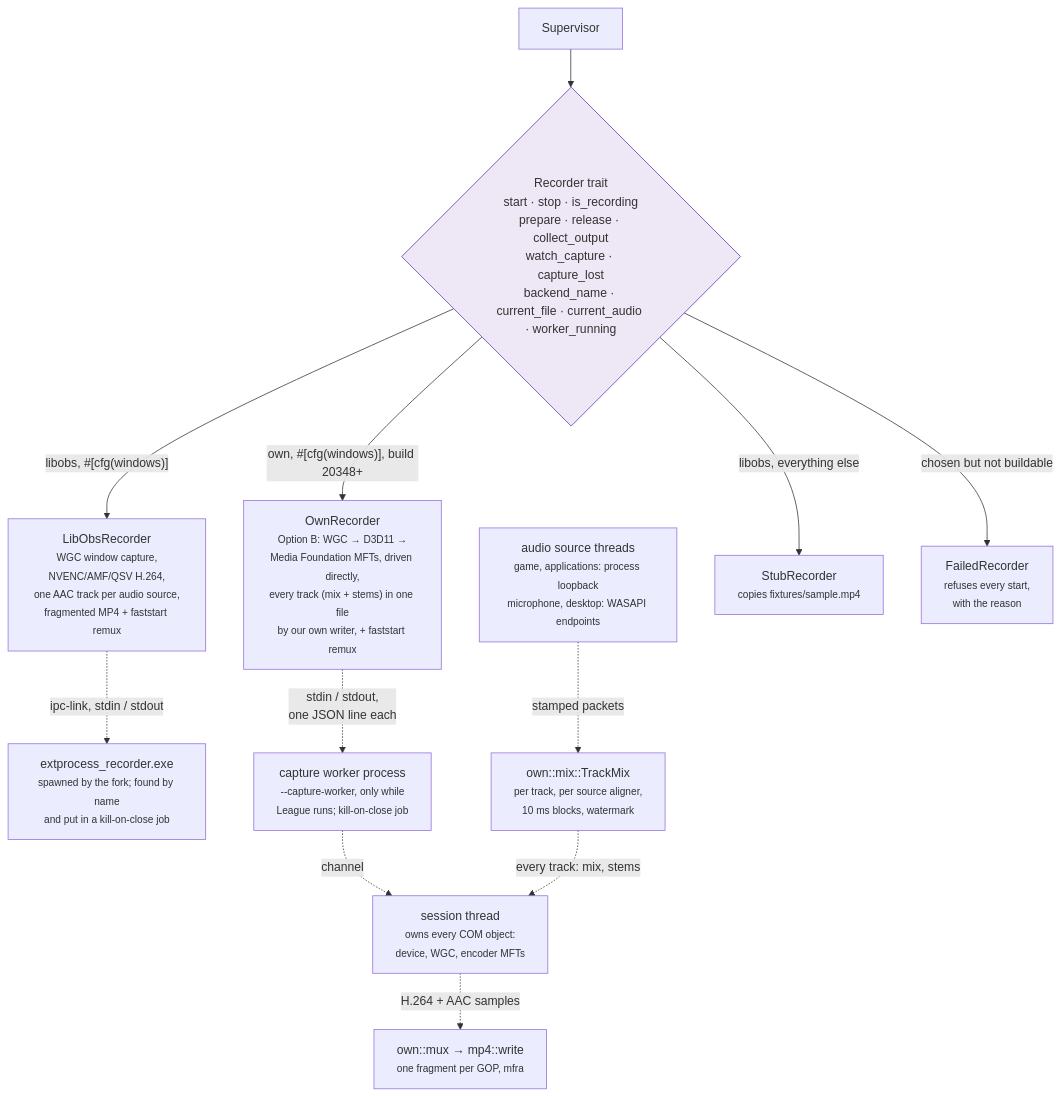
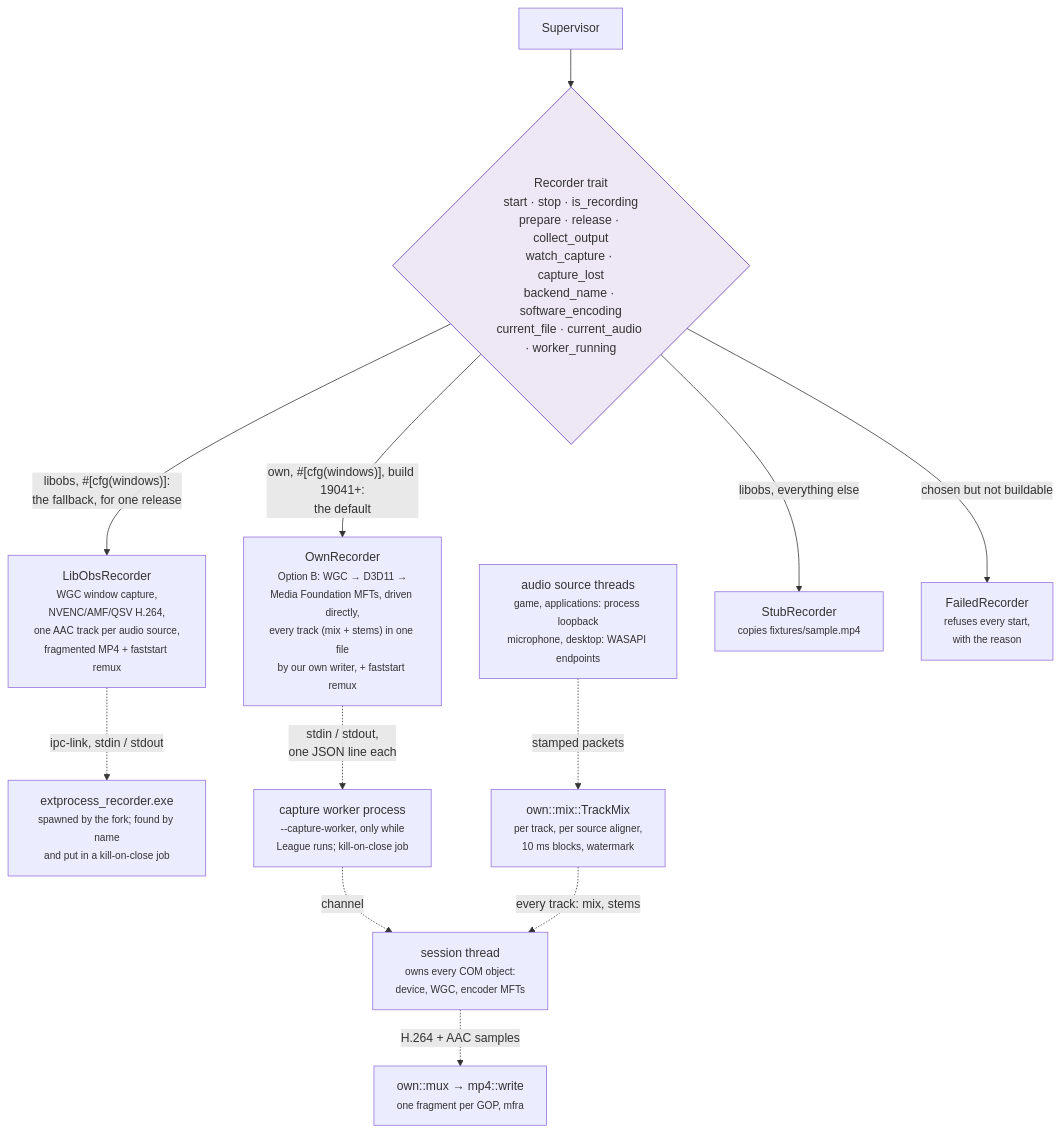
The third of 10 diagrams in docs/architecture.md (NinjaGoldfinch/ninja-recorder), drawn with Mermaid before and after one commit. The commit also changed other lines of this file and 33 other files, not shown here.

First line of the commit message:
feat(recorder): make own the default capture backend (WS1.6.11) (#287)

````diff
--- a/docs/architecture.md
+++ b/docs/architecture.md
@@ -167,15 +167,15 @@
 ```mermaid
 flowchart TB
-    SUP["Supervisor"] --> T{"Recorder trait<br/>start · stop · is_recording<br/>prepare · release · collect_output<br/>watch_capture · capture_lost<br/>backend_name · current_file · current_audio · worker_running"}
-    T -->|"libobs, #[cfg(windows)]"| L["LibObsRecorder<br/><small>WGC window capture,<br/>NVENC/AMF/QSV H.264,<br/>one AAC track per audio source,<br/>fragmented MP4 + faststart remux</small>"]
+    SUP["Supervisor"] --> T{"Recorder trait<br/>start · stop · is_recording<br/>prepare · release · collect_output<br/>watch_capture · capture_lost<br/>backend_name · software_encoding<br/>current_file · current_audio · worker_running"}
+    T -->|"libobs, #[cfg(windows)]:<br/>the fallback, for one release"| L["LibObsRecorder<br/><small>WGC window capture,<br/>NVENC/AMF/QSV H.264,<br/>one AAC track per audio source,<br/>fragmented MP4 + faststart remux</small>"]
     L -.->|"ipc-link, stdin / stdout"| LW["extprocess_recorder.exe<br/><small>spawned by the fork; found by name<br/>and put in a kill-on-close job</small>"]
-    T -->|"own, #[cfg(windows)], build 20348+"| O["OwnRecorder<br/><small>Option B: WGC → D3D11 →<br/>Media Foundation MFTs, driven directly,<br/>every track (mix + stems) in one file<br/>by our own writer, + faststart remux</small>"]
+    T -->|"own, #[cfg(windows)], build 19041+:<br/>the default"| O["OwnRecorder<br/><small>Option B: WGC → D3D11 →<br/>Media Foundation MFTs, driven directly,<br/>every track (mix + stems) in one file<br/>by our own writer, + faststart remux</small>"]
     O -.->|"stdin / stdout,<br/>one JSON line each"| WK["capture worker process<br/><small>--capture-worker, only while<br/>League runs; kill-on-close job</small>"]
     WK -.->|"channel"| SES["session thread<br/><small>owns every COM object:<br/>device, WGC, encoder MFTs</small>"]
     AUD["audio source threads<br/><small>game, applications: process loopback<br/>microphone, desktop: WASAPI endpoints</small>"] -.->|"stamped packets"| MIX["own::mix::TrackMix<br/><small>per track, per source aligner,<br/>10 ms blocks, watermark</small>"]
     MIX -.->|"every track: mix, stems"| SES
     SES -.->|"H.264 + AAC samples"| MUX["own::mux → mp4::write<br/><small>one fragment per GOP, mfra</small>"]
     T -->|"libobs, everything else"| S["StubRecorder<br/><small>copies fixtures/sample.mp4</small>"]
     T -->|"chosen but not buildable"| F["FailedRecorder<br/><small>refuses every start,<br/>with the reason</small>"]
     style T fill:#ede7f6,stroke:#5e35b1
 ```
````
